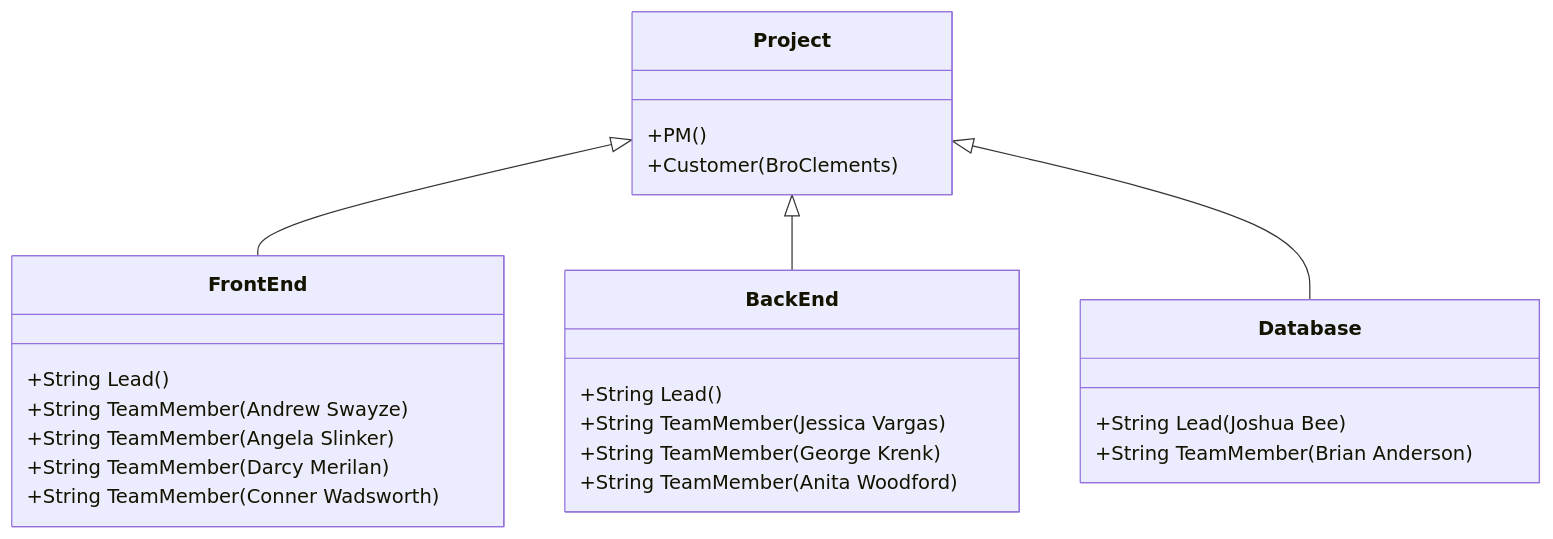
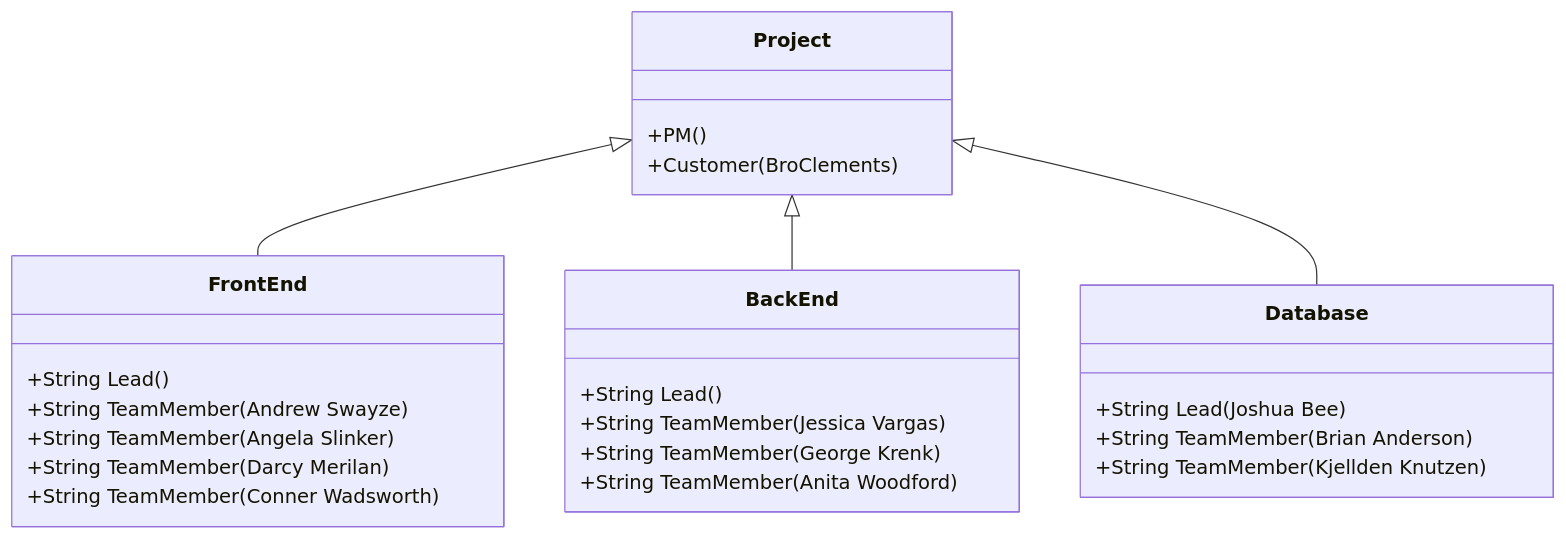
The second of 2 diagrams in ProjectManagement/OrganizationChart/OrganizationChart.md (byui-cse397/2024WinCSE490PCP), drawn with Mermaid before and after one commit.

Commit message:
Update OrganizationChart.md
Added Kjellden Knutzen to database team

````diff
--- a/ProjectManagement/OrganizationChart/OrganizationChart.md
+++ b/ProjectManagement/OrganizationChart/OrganizationChart.md
@@ -27,26 +27,27 @@
 ```mermaid
 classDiagram
       Project <|-- FrontEnd
       Project <|-- BackEnd
       Project <|-- Database
       Project : +PM()
       Project : +Customer(BroClements)
       class FrontEnd{
           +String Lead()
           +String TeamMember(Andrew Swayze)
           +String TeamMember(Angela Slinker)
           +String TeamMember(Darcy Merilan)
           +String TeamMember(Conner Wadsworth)
 
       }
       class BackEnd{
           +String Lead()
           +String TeamMember(Jessica Vargas)
           +String TeamMember(George Krenk)
           +String TeamMember(Anita Woodford)
       }
       class Database{
           +String Lead(Joshua Bee)
           +String TeamMember(Brian Anderson)
+          +String TeamMember(Kjellden Knutzen)
       }
 ```
````
